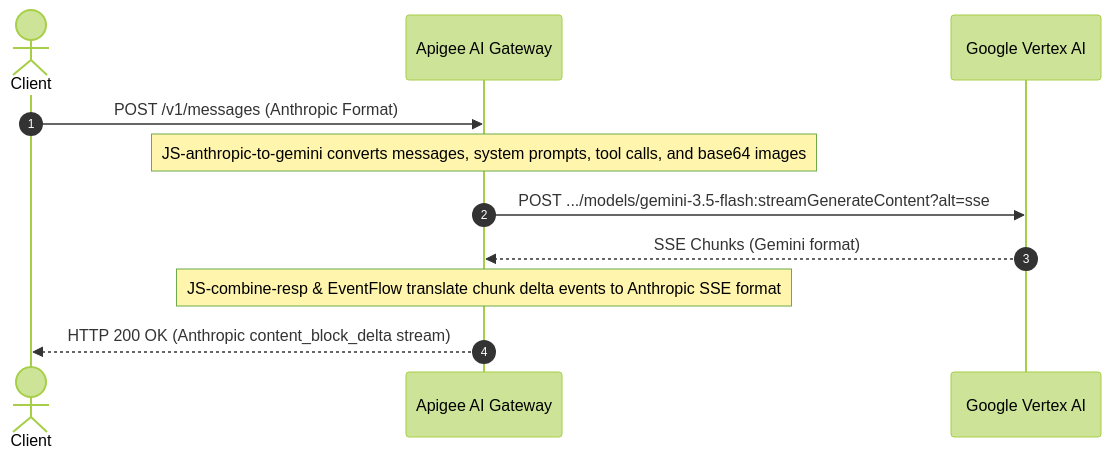
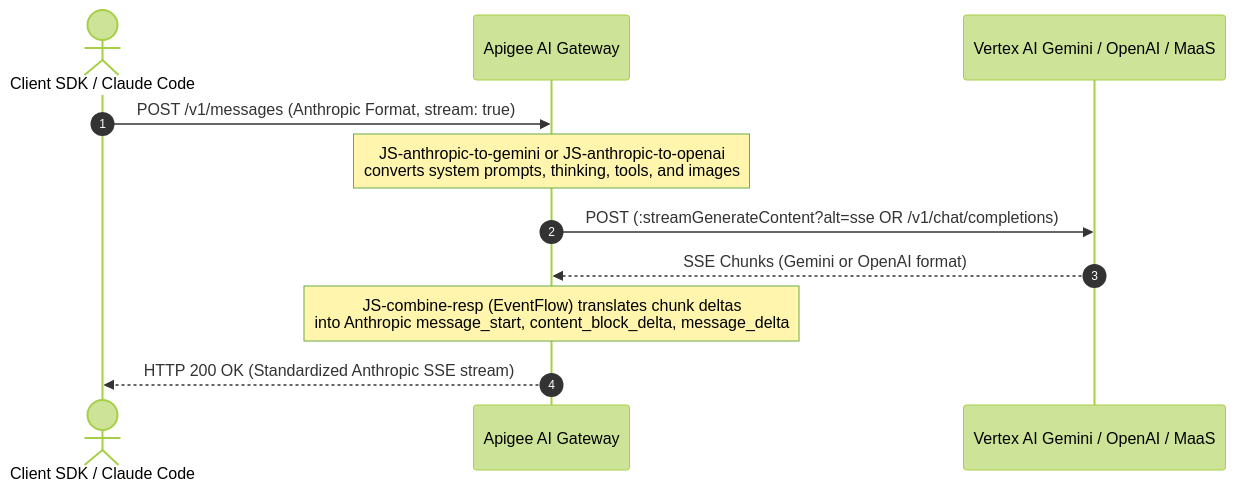
Before and after one commit to ra2085/ai-gw-sample: the diagram in docs/architecture/protocols.md, drawn with Mermaid (forest theme). The commit also changed other lines of this file and 137 other files, not shown here.

````diff
--- a/docs/architecture/protocols.md
+++ b/docs/architecture/protocols.md
@@ -22,14 +32,14 @@
 ```mermaid
 sequenceDiagram
     autonumber
-    actor Client
+    actor Client as Client SDK / Claude Code
     participant Proxy as Apigee AI Gateway
-    participant Vertex as Google Vertex AI
+    participant Backend as Vertex AI Gemini / OpenAI / MaaS
 
-    Client->>Proxy: POST /v1/messages (Anthropic Format)
-    Note over Proxy: JS-anthropic-to-gemini converts messages, system prompts, tool calls, and base64 images
-    Proxy->>Vertex: POST .../models/gemini-3.5-flash:streamGenerateContent?alt=sse
-    Vertex-->>Proxy: SSE Chunks (Gemini format)
-    Note over Proxy: JS-combine-resp & EventFlow translate chunk delta events to Anthropic SSE format
-    Proxy-->>Client: HTTP 200 OK (Anthropic content_block_delta stream)
+    Client->>Proxy: POST /v1/messages (Anthropic Format, stream: true)
+    Note over Proxy: JS-anthropic-to-gemini or JS-anthropic-to-openai<br/>converts system prompts, thinking, tools, and images
+    Proxy->>Backend: POST (:streamGenerateContent?alt=sse OR /v1/chat/completions)
+    Backend-->>Proxy: SSE Chunks (Gemini or OpenAI format)
+    Note over Proxy: JS-combine-resp (EventFlow) translates chunk deltas<br/>into Anthropic message_start, content_block_delta, message_delta
+    Proxy-->>Client: HTTP 200 OK (Standardized Anthropic SSE stream)
 ```
````
